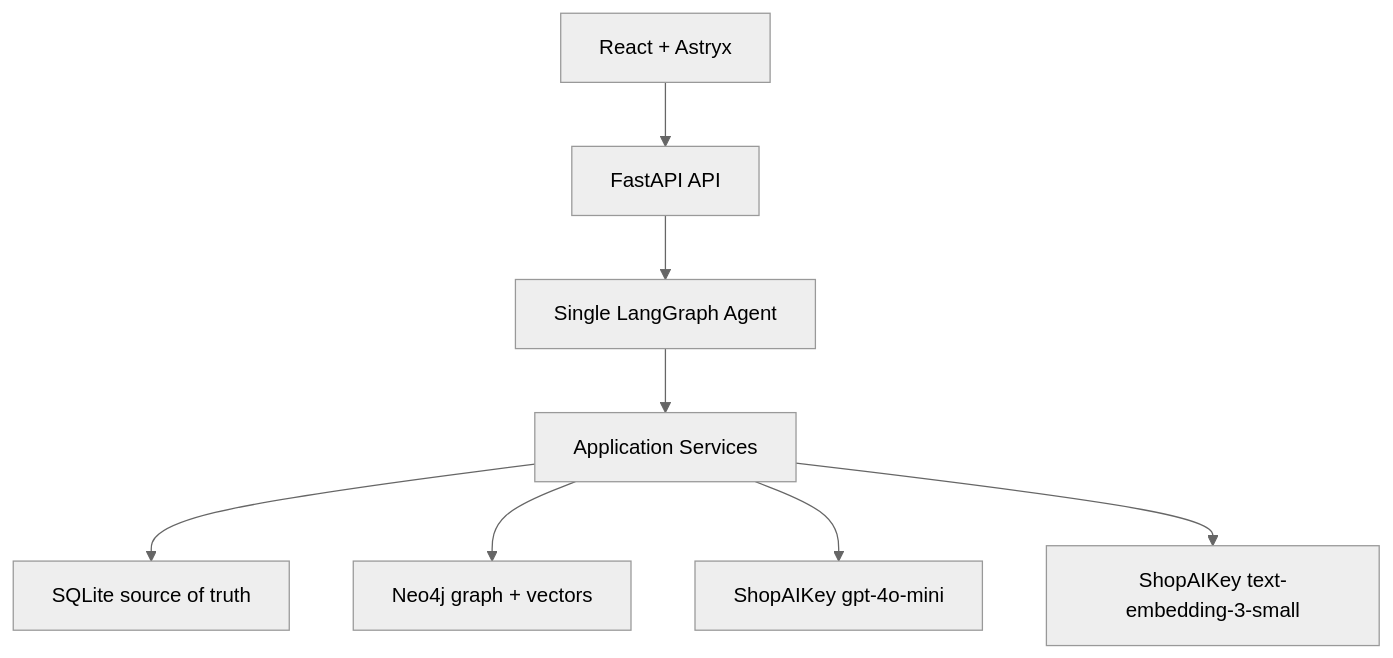
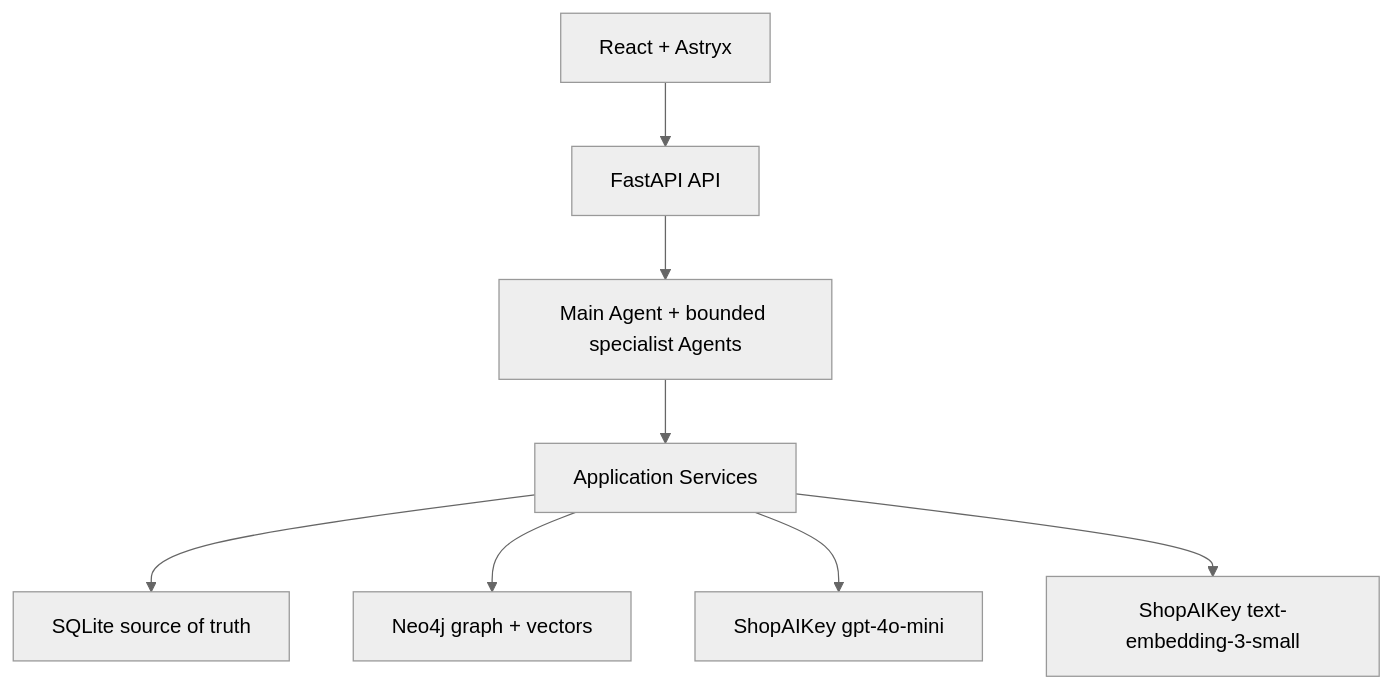
The first of 2 diagrams in docs/plans/Master_plan.md (phongka79d/JobAgent), drawn with Mermaid (neutral theme) before and after one commit. The commit also changed other lines of this file and 5 other files, not shown here.

````diff
--- a/docs/plans/Master_plan.md
+++ b/docs/plans/Master_plan.md
@@ -145,10 +146,10 @@
 ```mermaid
 flowchart TD
     UI["React + Astryx"] --> API["FastAPI API"]
-    API --> AGENT["Single LangGraph Agent"]
+    API --> AGENT["Main Agent + bounded specialist Agents"]
     AGENT --> SERVICES["Application Services"]
     SERVICES --> SQLITE["SQLite source of truth"]
     SERVICES --> NEO4J["Neo4j graph + vectors"]
     SERVICES --> LLM["ShopAIKey gpt-4o-mini"]
     SERVICES --> EMBED["ShopAIKey text-embedding-3-small"]
 ```
````
